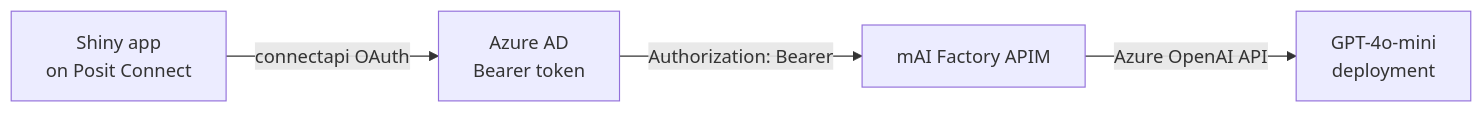
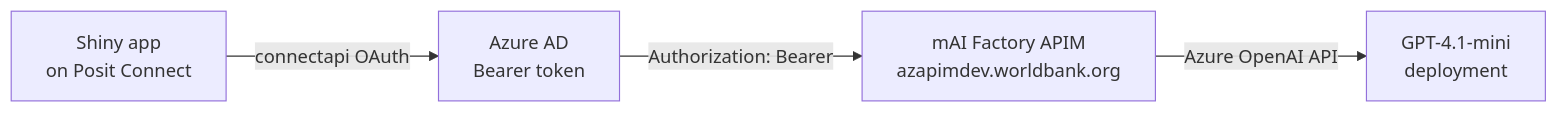
The diagram in mAI_integration.qmd (GPID-WB/Pip-Technical-Guidelines), drawn with Mermaid before and after one commit. The commit also changed other lines of this file and 3 other files, not shown here.

````diff
--- a/mAI_integration.qmd
+++ b/mAI_integration.qmd
@@ -170,6 +177,6 @@
 ```{mermaid}
 flowchart LR
     A[Shiny app<br/>on Posit Connect] -->|connectapi OAuth| B[Azure AD<br/>Bearer token]
-    B -->|Authorization: Bearer| C[mAI Factory APIM<br/><apim-host>]
-    C -->|Azure OpenAI API| D[GPT-4o-mini<br/>deployment]
+    B -->|Authorization: Bearer| C[mAI Factory APIM<br/>azapimdev.worldbank.org]
+    C -->|Azure OpenAI API| D[GPT-4.1-mini<br/>deployment]
 ```
````
